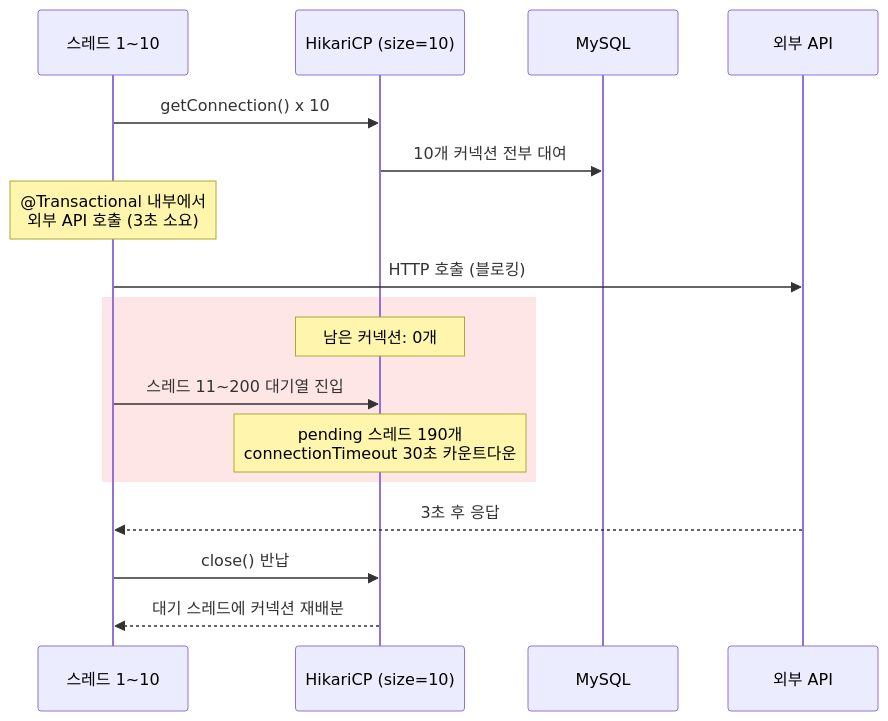
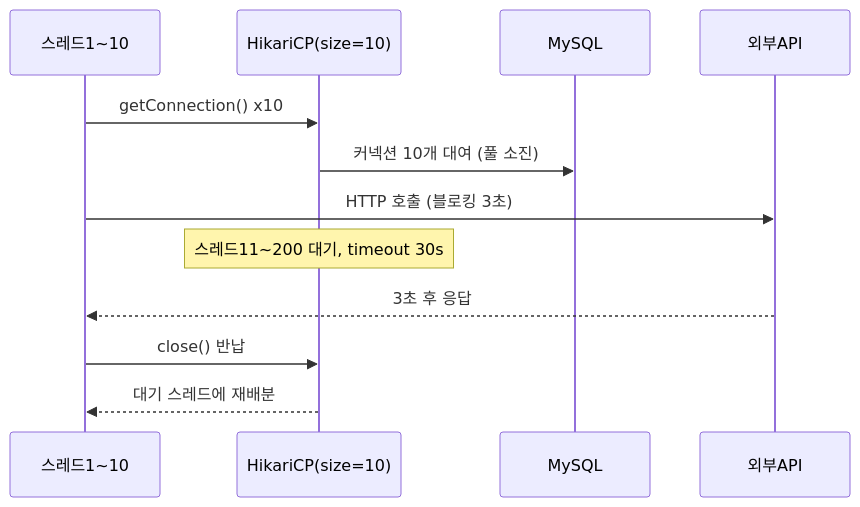
One commit to yjkim2015/yjkim2015.github.io changed the third of 4 diagrams in _posts/db/2026-05-01-db-connection-pool.md. Above: the diagram before and after it, drawn with Mermaid. The commit also changed other lines of this file and 215 other files, not shown here.

First line of the commit message:
신규 포스트 10개 추가 + Mermaid 전면 축소 + SystemDesign 시리즈 보강

````diff
--- a/_posts/db/2026-05-01-db-connection-pool.md
+++ b/_posts/db/2026-05-01-db-connection-pool.md
@@ -178,22 +166,14 @@
 ```mermaid
 sequenceDiagram
-    participant T1 as 스레드 1~10
-    participant Pool as HikariCP (size=10)
+    participant T1 as 스레드1~10
+    participant Pool as HikariCP(size=10)
     participant DB as MySQL
-    participant API as 외부 API
-
-    T1->>Pool: getConnection() x 10
-    Pool->>DB: 10개 커넥션 전부 대여
-    Note over T1: @Transactional 내부에서<br/>외부 API 호출 (3초 소요)
-    T1->>API: HTTP 호출 (블로킹)
-
-    rect rgb(255, 230, 230)
-        Note over Pool: 남은 커넥션: 0개
-        T1->>Pool: 스레드 11~200 대기열 진입
-        Note over Pool: pending 스레드 190개<br/>connectionTimeout 30초 카운트다운
-    end
-
+    participant API as 외부API
+    T1->>Pool: getConnection() x10
+    Pool->>DB: 커넥션 10개 대여 (풀 소진)
+    T1->>API: HTTP 호출 (블로킹 3초)
+    Note over Pool: 스레드11~200 대기, timeout 30s
     API-->>T1: 3초 후 응답
     T1->>Pool: close() 반납
-    Pool-->>T1: 대기 스레드에 커넥션 재배분
+    Pool-->>T1: 대기 스레드에 재배분
 ```
````
